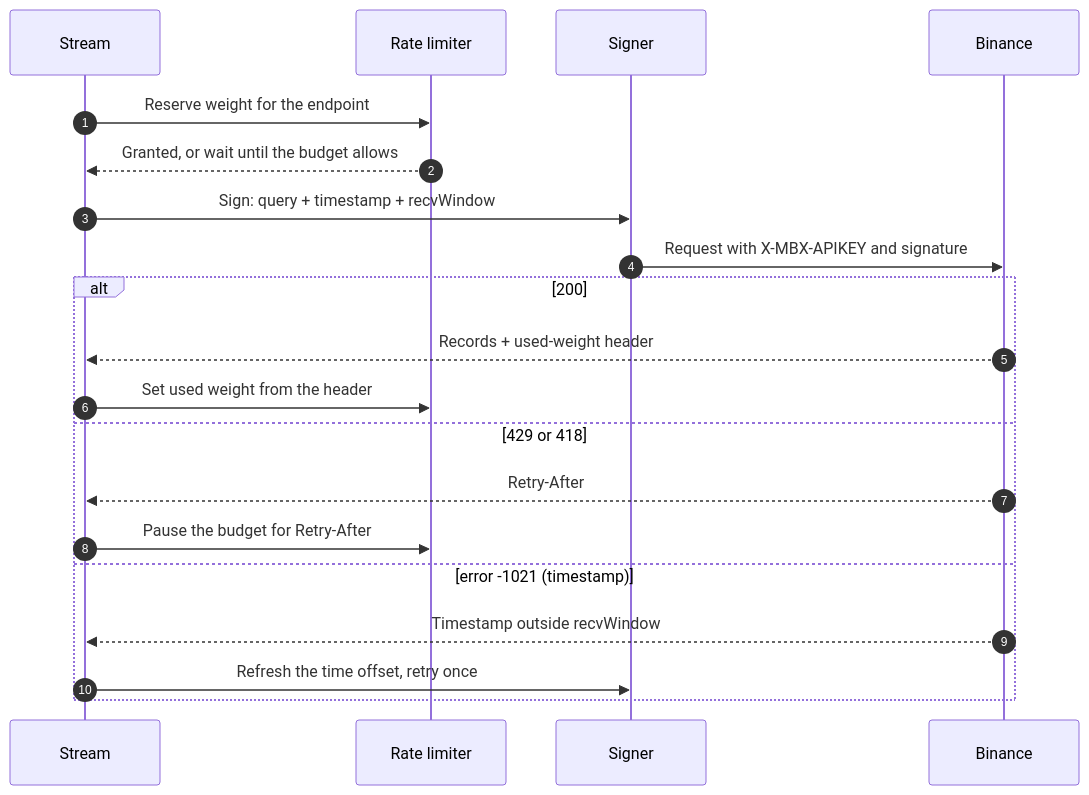
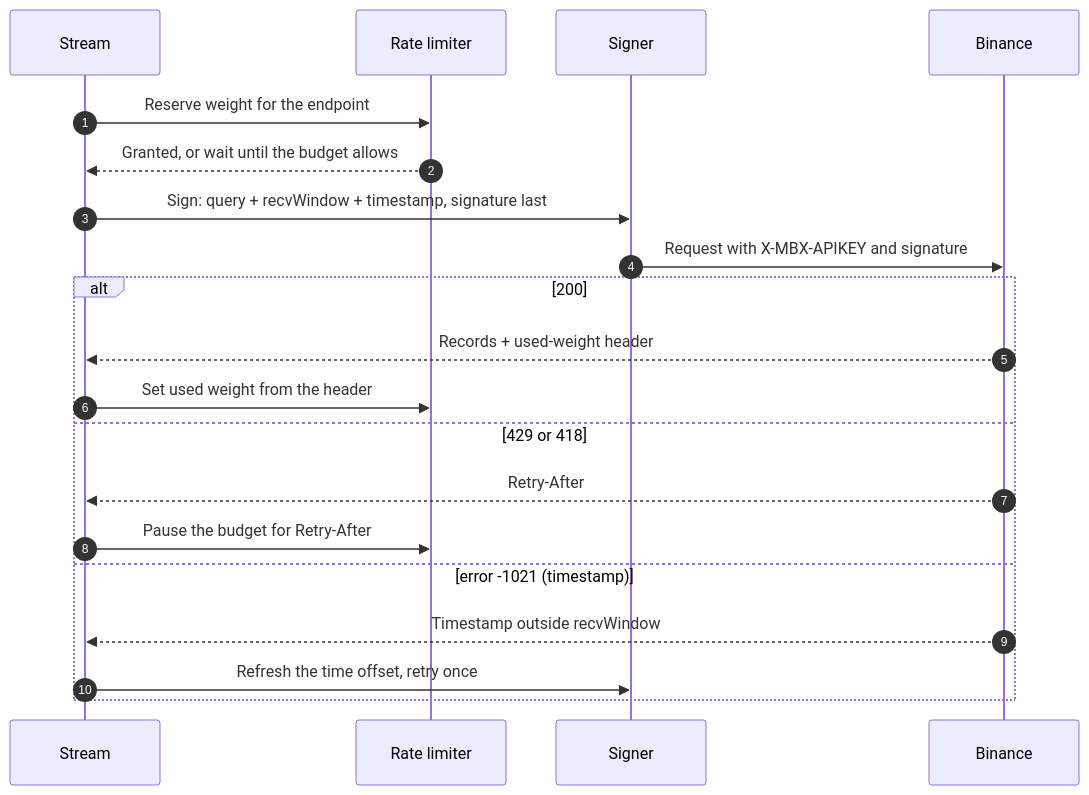
The second of 3 diagrams in docs/srs/exchange-binance.md (DigitLock/crypto-account-service), drawn with Mermaid before and after one commit. The commit also changed other lines of this file and 11 other files, not shown here.

````diff
--- a/docs/srs/exchange-binance.md
+++ b/docs/srs/exchange-binance.md
@@ -61,23 +61,23 @@
 ```mermaid
 sequenceDiagram
     autonumber
     participant St as Stream
     participant L as Rate limiter
     participant Sg as Signer
     participant B as Binance
 
     St->>L: Reserve weight for the endpoint
     L-->>St: Granted, or wait until the budget allows
-    St->>Sg: Sign: query + timestamp + recvWindow
+    St->>Sg: Sign: query + recvWindow + timestamp, signature last
     Sg->>B: Request with X-MBX-APIKEY and signature
     alt 200
         B-->>St: Records + used-weight header
         St->>L: Set used weight from the header
     else 429 or 418
         B-->>St: Retry-After
         St->>L: Pause the budget for Retry-After
     else error -1021 (timestamp)
         B-->>St: Timestamp outside recvWindow
         St->>Sg: Refresh the time offset, retry once
     end
 ```
````
